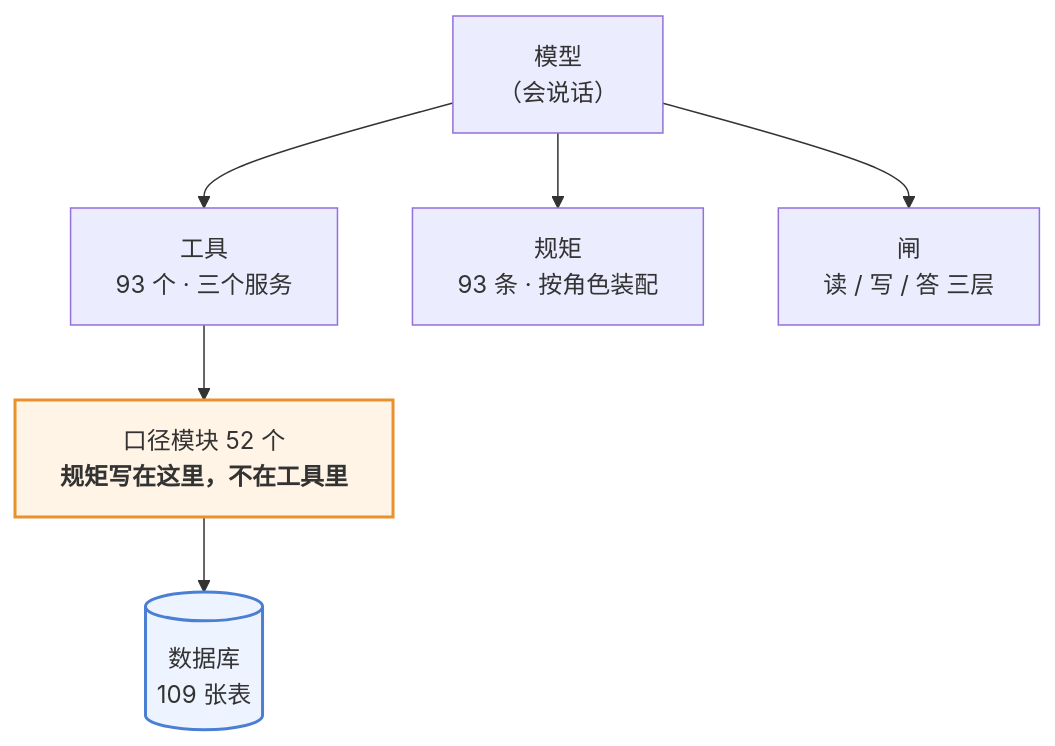
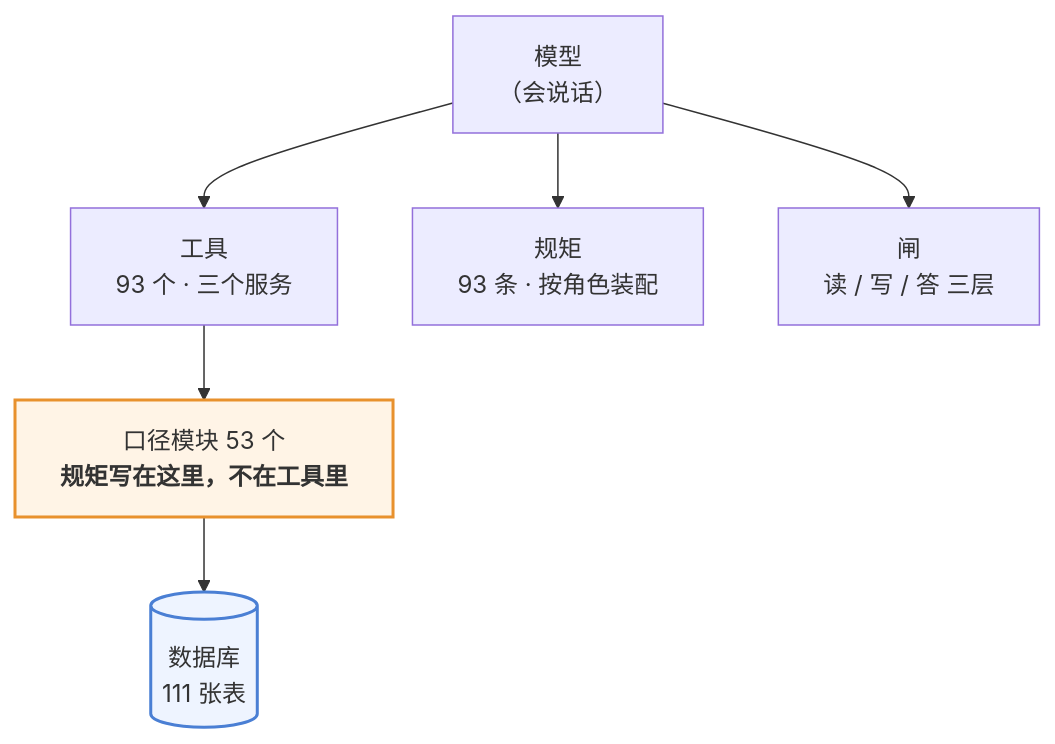
One commit to 843773296-rgb/lanxiu-yunshang-agent changed the first of 3 diagrams in 澜绣云裳agent-产品说明.md. Above: the diagram before and after it, drawn with Mermaid. The commit also changed other lines of this file and 13 other files, not shown here.

````diff
--- a/澜绣云裳agent-产品说明.md
+++ b/澜绣云裳agent-产品说明.md
@@ -62,12 +62,12 @@
 ```mermaid
 flowchart TD
     M["模型<br/>（会说话）"]
     M --> T["工具<br/>93 个 · 三个服务"]
     M --> R["规矩<br/>93 条 · 按角色装配"]
     M --> G["闸<br/>读 / 写 / 答 三层"]
-    T --> K["口径模块 52 个<br/><b>规矩写在这里，不在工具里</b>"]
-    K --> DB[("数据库<br/>109 张表")]
+    T --> K["口径模块 53 个<br/><b>规矩写在这里，不在工具里</b>"]
+    K --> DB[("数据库<br/>111 张表")]
 
     style K fill:#fff4e6,stroke:#e8912d,stroke-width:2px
     style DB fill:#eef4ff,stroke:#4a7fd4,stroke-width:2px
 ```
````
